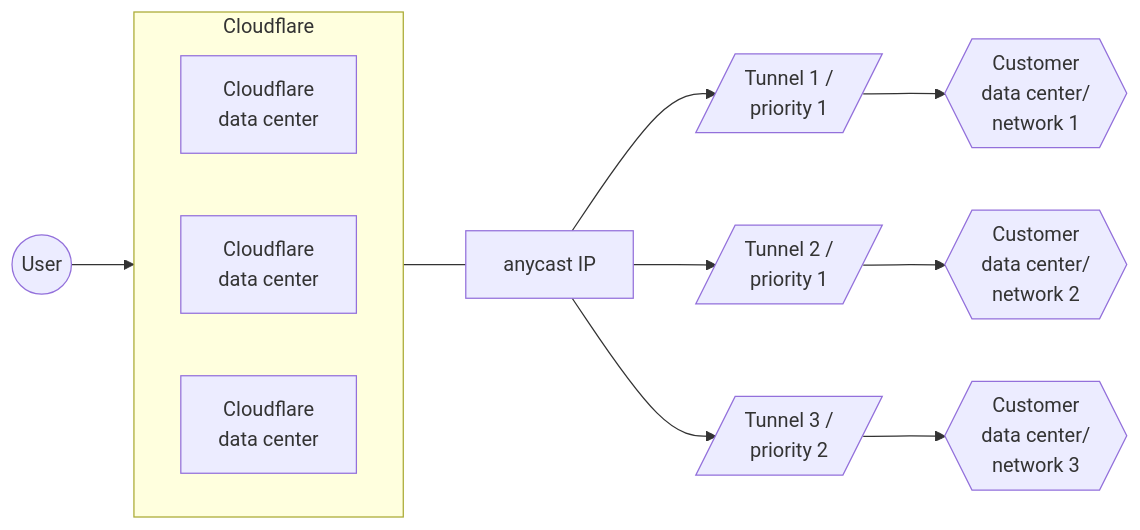
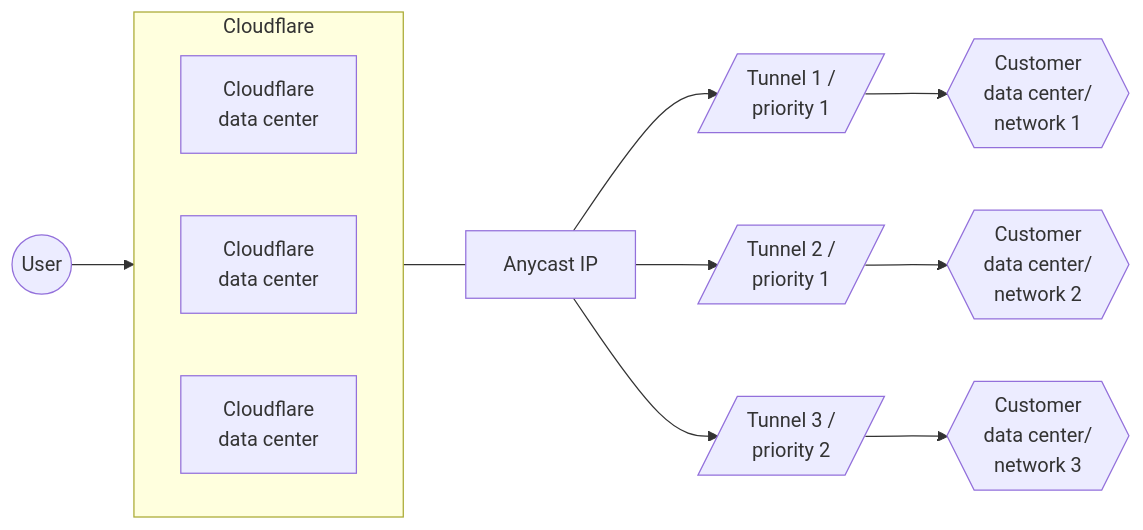
One commit to cloudflare/cloudflare-docs changed the first of 4 diagrams in content/magic-transit/_partials/_traffic-steering.md. Above: the diagram before and after it, drawn with Mermaid. The commit also changed other lines of this file and 2 other files, not shown here.

````diff
--- a/content/magic-transit/_partials/_traffic-steering.md
+++ b/content/magic-transit/_partials/_traffic-steering.md
@@ -17,17 +17,17 @@
 ```mermaid
 flowchart LR
 accTitle: Tunnels diagram
 accDescr: The example in this diagram has three tunnel routes. Tunnels 1 and 2 have top priority and Tunnel 3 is secondary.
 
 subgraph Cloudflare
 direction LR
 B[Cloudflare <br> data center]
 C[Cloudflare <br> data center]
 D[Cloudflare <br> data center]
 end
 
-A((User)) --> Cloudflare --- E[anycast IP]
-E[anycast IP] --> F[/Tunnel 1 / <br> priority 1/] --> I{{Customer <br> data center/ <br> network 1}}
-E[anycast IP] --> G[/Tunnel 2 / <br> priority 1/] --> J{{Customer <br> data center/ <br> network 2}}
-E[anycast IP] --> H[/Tunnel 3 / <br> priority 2/] --> K{{Customer <br> data center/ <br> network 3}}
+A((User)) --> Cloudflare --- E[Anycast IP]
+E[Anycast IP] --> F[/Tunnel 1 / <br> priority 1/] --> I{{Customer <br> data center/ <br> network 1}}
+E[Anycast IP] --> G[/Tunnel 2 / <br> priority 1/] --> J{{Customer <br> data center/ <br> network 2}}
+E[Anycast IP] --> H[/Tunnel 3 / <br> priority 2/] --> K{{Customer <br> data center/ <br> network 3}}
 ```
````
